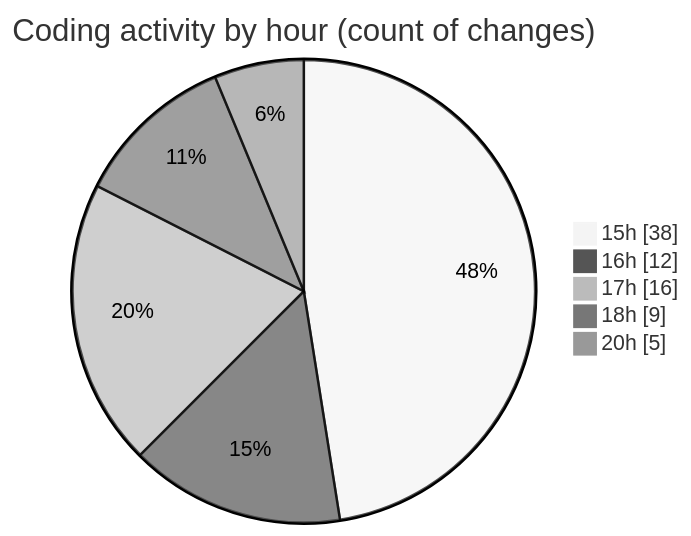
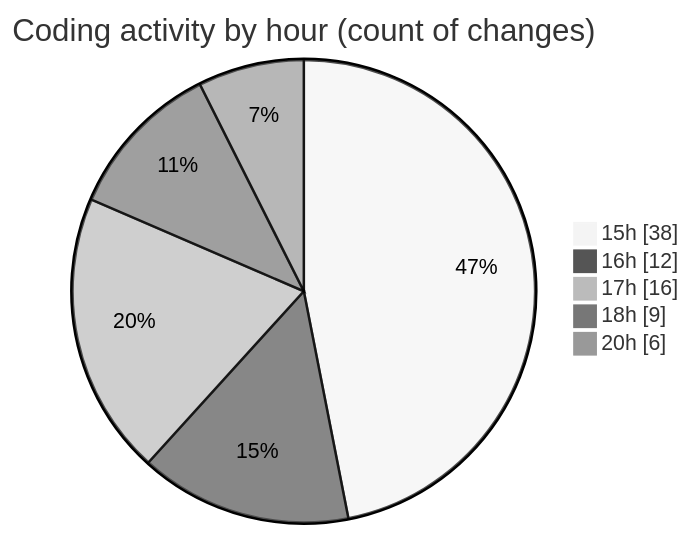
Before and after one commit to nxtqubesakshisongat/code-tracking: the second of 2 diagrams in 2025-09-08/cashcalculator/README.md, drawn with Mermaid (neutral theme). The commit also changed other lines of this file and 1 other file, not shown here.

````diff
--- a/2025-09-08/cashcalculator/README.md
+++ b/2025-09-08/cashcalculator/README.md
@@ -28,9 +28,9 @@
 ```mermaid
 pie showData
 title Coding activity by hour (count of changes)
 "15h" : 38
 "16h" : 12
 "17h" : 16
 "18h" : 9
-"20h" : 5
+"20h" : 6
 ```
````
